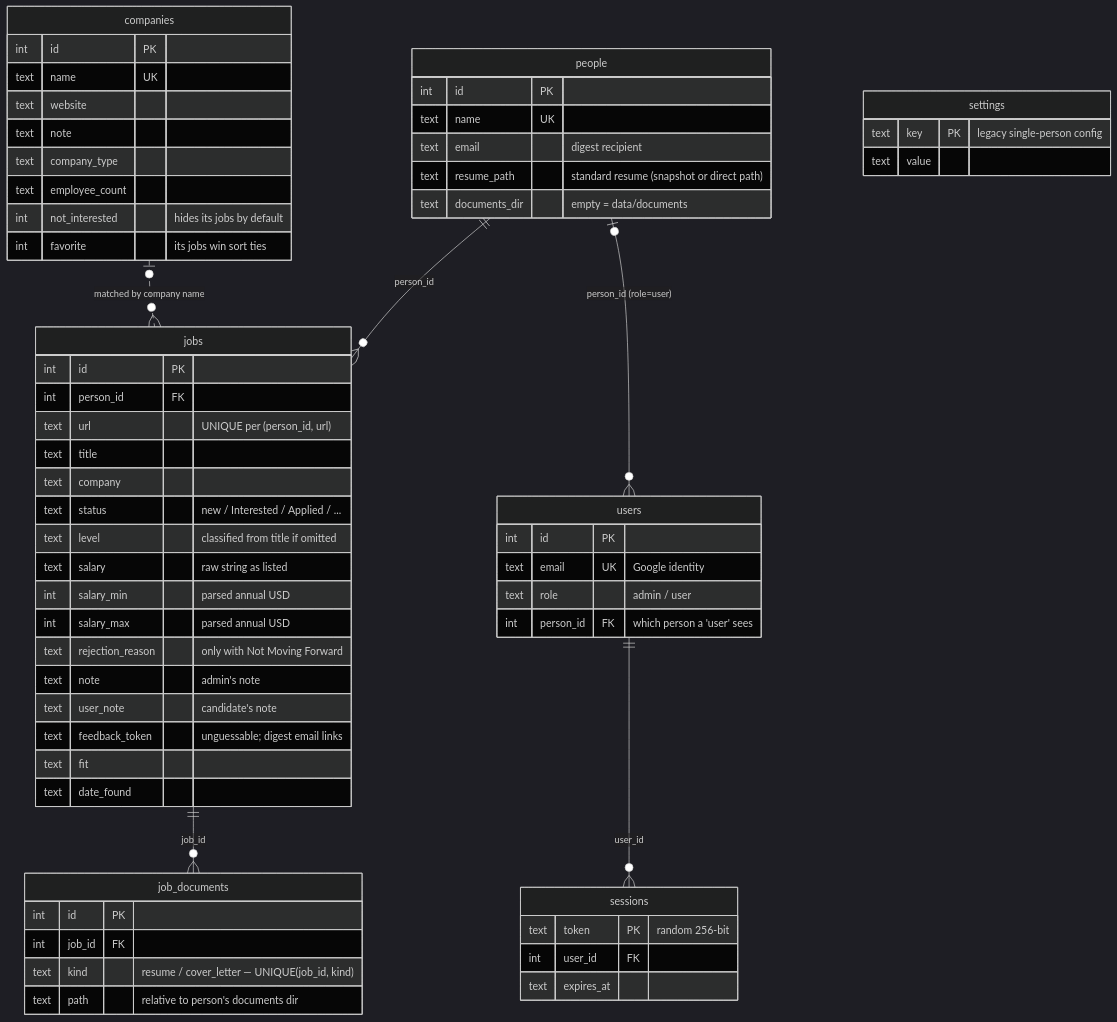
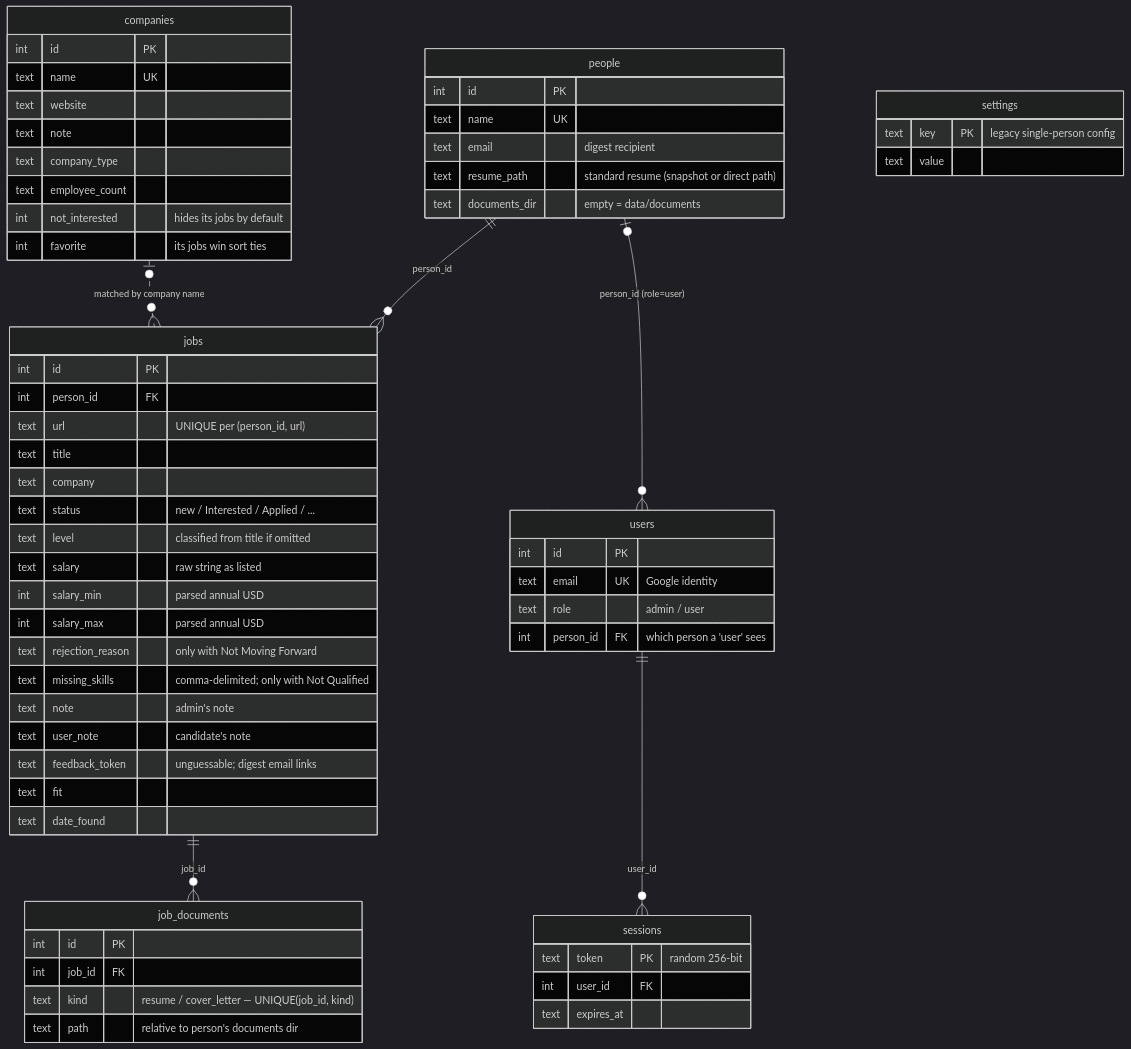
The third of 7 diagrams in Architecture.md (ianlee74/JobTracker), drawn with Mermaid (dark theme) before and after one commit. The commit also changed other lines of this file and 13 other files, not shown here.

First line of the commit message:
Add a missing-skills prompt for "Not Qualified" rejections

````diff
--- a/Architecture.md
+++ b/Architecture.md
@@ -151,65 +151,66 @@
 ```mermaid
 erDiagram
     people ||--o{ jobs : "person_id"
     people |o--o{ users : "person_id (role=user)"
     users ||--o{ sessions : "user_id"
     jobs ||--o{ job_documents : "job_id"
     companies |o..o{ jobs : "matched by company name"
 
     people {
         int id PK
         text name UK
         text email "digest recipient"
         text resume_path "standard resume (snapshot or direct path)"
         text documents_dir "empty = data/documents"
     }
     users {
         int id PK
         text email UK "Google identity"
         text role "admin / user"
         int person_id FK "which person a 'user' sees"
     }
     sessions {
         text token PK "random 256-bit"
         int user_id FK
         text expires_at
     }
     jobs {
         int id PK
         int person_id FK
         text url "UNIQUE per (person_id, url)"
         text title
         text company
         text status "new / Interested / Applied / ..."
         text level "classified from title if omitted"
         text salary "raw string as listed"
         int salary_min "parsed annual USD"
         int salary_max "parsed annual USD"
         text rejection_reason "only with Not Moving Forward"
+        text missing_skills "comma-delimited; only with Not Qualified"
         text note "admin's note"
         text user_note "candidate's note"
         text feedback_token "unguessable; digest email links"
         text fit
         text date_found
     }
     companies {
         int id PK
         text name UK
         text website
         text note
         text company_type
         text employee_count
         int not_interested "hides its jobs by default"
         int favorite "its jobs win sort ties"
     }
     job_documents {
         int id PK
         int job_id FK
         text kind "resume / cover_letter — UNIQUE(job_id, kind)"
         text path "relative to person's documents dir"
     }
     settings {
         text key PK "legacy single-person config"
         text value
     }
 ```
````
